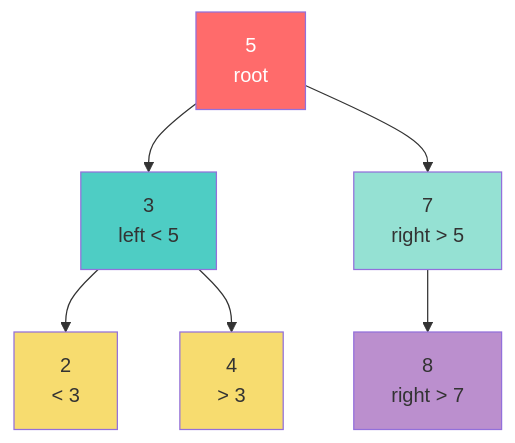
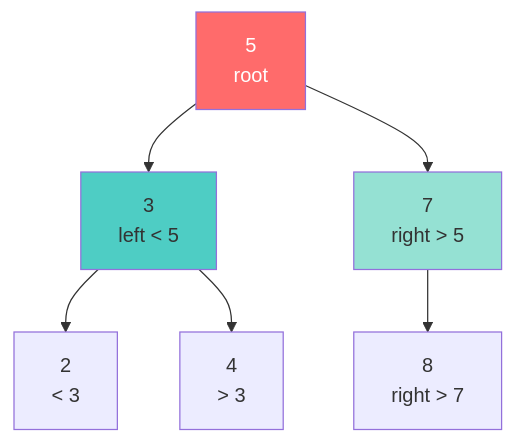
The third of 3 diagrams in docs/series/computer-science/chapters/05-trees-and-binary-trees.md (dalehurley/codewithphp), drawn with Mermaid before and after one commit. The commit also changed other lines of this file, not shown here.

````diff
--- a/docs/series/computer-science/chapters/05-trees-and-binary-trees.md
+++ b/docs/series/computer-science/chapters/05-trees-and-binary-trees.md
@@ -245,15 +397,12 @@
 ```mermaid
 graph TD
     R[5<br/>root] --> L[3<br/>left < 5]
     R --> RN[7<br/>right > 5]
     L --> LL[2<br/>< 3]
     L --> LR[4<br/>> 3]
     RN --> RR[8<br/>right > 7]
 
     style R fill:#FF6B6B,color:#fff
     style L fill:#4ECDC4
     style RN fill:#95E1D3
-    style LL fill:#F7DC6F
-    style LR fill:#F7DC6F
-    style RR fill:#BB8FCE
 ```
````
